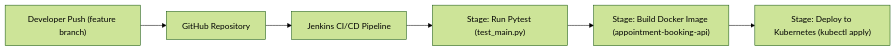
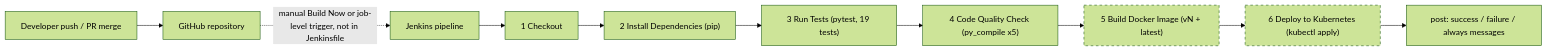
The sixth of 6 diagrams in docs/Project_Architecture.md (krushh67/client-appointment-booking-system), drawn with Mermaid (forest theme) before and after one commit. The commit also changed other lines of this file and 6 other files, not shown here.

````diff
--- a/docs/Project_Architecture.md
+++ b/docs/Project_Architecture.md
@@ -46,8 +240,15 @@
 ```mermaid
 graph LR
-    DevPush["Developer Push (feature branch)"] --> GitHub["GitHub Repository"]
-    GitHub --> Jenkins["Jenkins CI/CD Pipeline"]
-    Jenkins --> Pytest["Stage: Run Pytest (test_main.py)"]
-    Pytest --> DockerBuild["Stage: Build Docker Image (appointment-booking-api)"]
-    DockerBuild --> K8sDeploy["Stage: Deploy to Kubernetes (kubectl apply)"]
+    DevPush["Developer push / PR merge"] --> GitHub["GitHub repository"]
+    GitHub -.->|manual Build Now or job-level trigger, not in Jenkinsfile| Jenkins["Jenkins pipeline"]
+    Jenkins --> S1["1 Checkout"]
+    S1 --> S2["2 Install Dependencies (pip)"]
+    S2 --> S3["3 Run Tests (pytest, 19 tests)"]
+    S3 --> S4["4 Code Quality Check (py_compile x5)"]
+    S4 --> S5["5 Build Docker Image (vN + latest)"]
+    S5 --> S6["6 Deploy to Kubernetes (kubectl apply)"]
+    S6 --> Post["post: success / failure / always messages"]
+
+    classDef soft stroke-dasharray: 5 5;
+    class S5,S6 soft;
 ```
````
